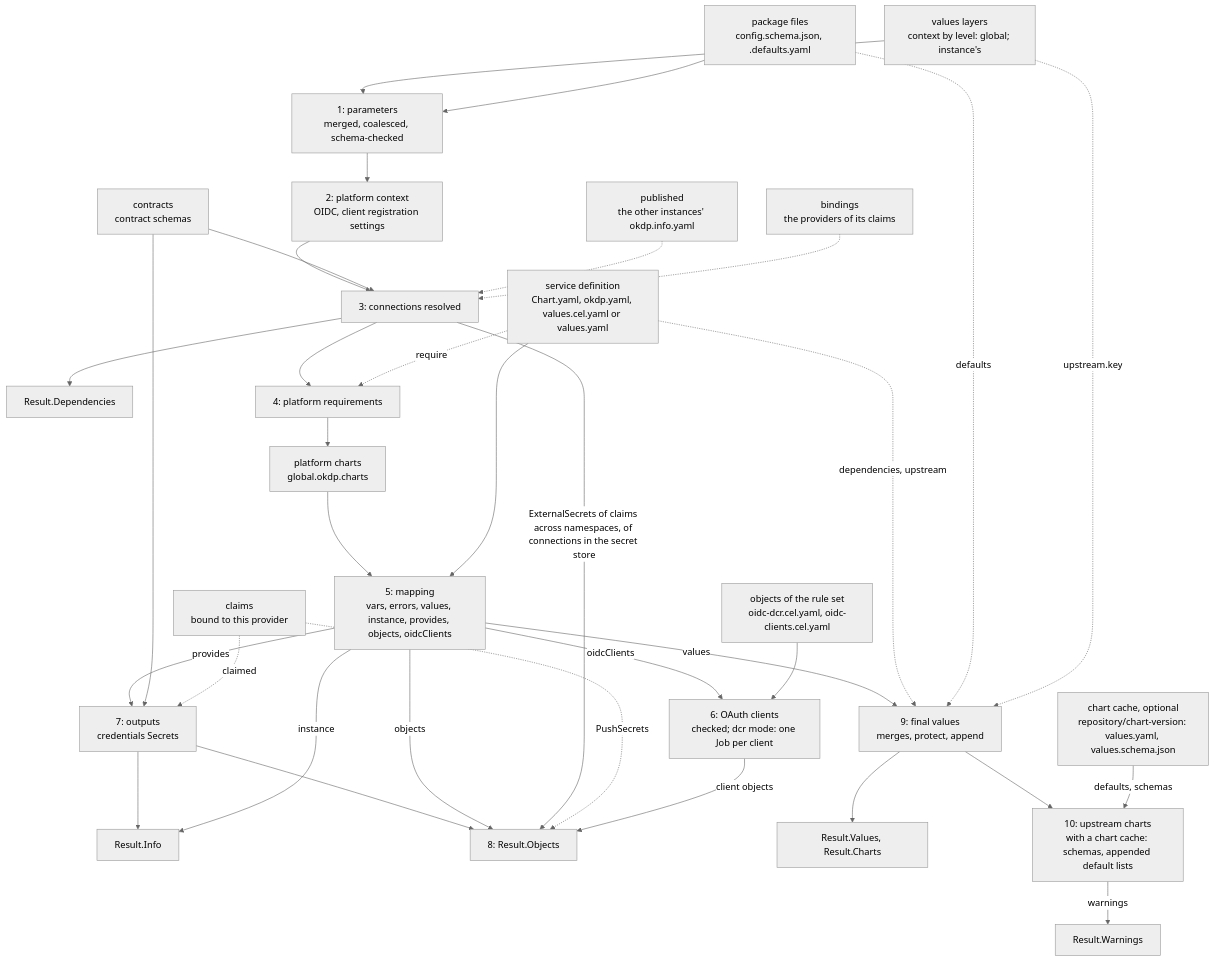
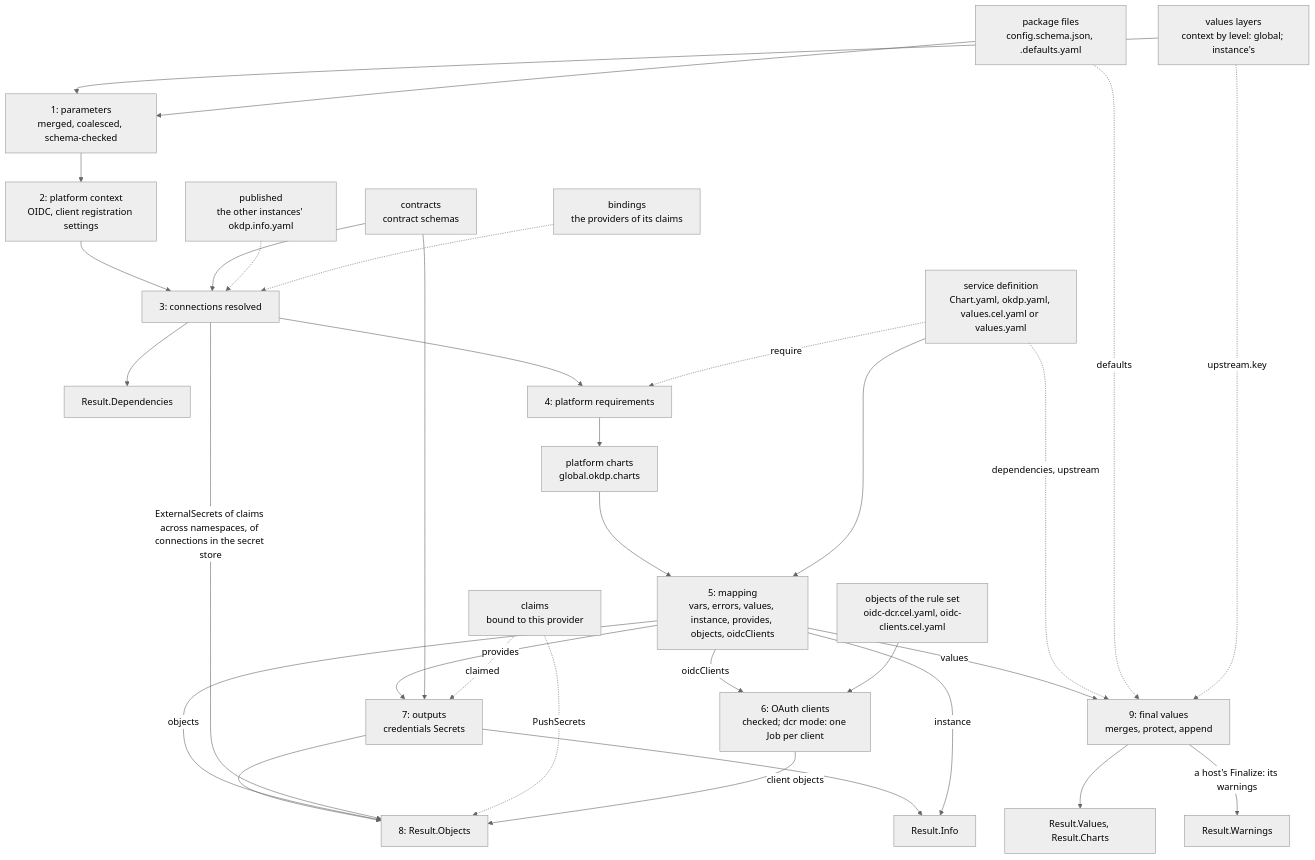
Before and after one commit to OKDP/okdp-compiler: the diagram in docs/00_architecture.md, drawn with Mermaid (neutral theme). The commit also changed other lines of this file and 33 other files, not shown here.

Commit message:
feat!: the chart cache and the chart checks out of the compiler, a host's hook on the loaded instances, the docs shortened

````diff
--- a/docs/00_architecture.md
+++ b/docs/00_architecture.md
@@ -73,46 +72,43 @@
 ```mermaid
 flowchart TD
   def["service definition<br/>Chart.yaml, okdp.yaml, values.cel.yaml or values.yaml"]
   pkg["package files<br/>config.schema.json, <key>.defaults.yaml"]
   layers["values layers<br/>context by level: global; instance's"]
   contracts["contracts<br/>contract schemas"]
   published["published<br/>the other instances' okdp.info.yaml"]
   bindings["bindings<br/>the providers of its claims"]
   claims["claims<br/>bound to this provider"]
-  cache["chart cache, optional<br/>repository/chart-version: values.yaml, values.schema.json"]
   tmpl["objects of the rule set<br/>oidc-dcr.cel.yaml, oidc-clients.cel.yaml"]
 
   layers --> s1["1: parameters<br/>merged, coalesced, schema-checked"]
   pkg --> s1
   s1 --> s2["2: platform context<br/>OIDC, client registration settings"]
   s2 --> s3["3: connections resolved"]
   contracts --> s3
   published -.-> s3
   bindings -.-> s3
   s3 --> deps["Result.Dependencies"]
   s3 --> s4["4: platform requirements"]
   def -. "require" .-> s4
   s4 --> pc["platform charts<br/>global.okdp.charts"]
   pc --> s5["5: mapping<br/>vars, errors, values, instance, provides, objects, oidcClients"]
   def --> s5
   s5 -- oidcClients --> s6["6: OAuth clients<br/>checked; dcr mode: one Job per client"]
   tmpl --> s6
   s5 -- provides --> s7["7: outputs<br/>credentials Secrets"]
   contracts --> s7
   claims -. "claimed" .-> s7
   s7 --> inst["Result.Info"]
   s5 -- instance --> inst
   s7 --> s8["8: Result.Objects"]
   s5 -- objects --> s8
   s3 -- "ExternalSecrets of claims across namespaces, of connections in the secret store" --> s8
   claims -. "PushSecrets" .-> s8
   s5 -- values --> s9["9: final values<br/>merges, protect, append"]
   s6 -- "client objects" --> s8
   def -. "dependencies, upstream" .-> s9
   pkg -. defaults .-> s9
   layers -. "upstream.key" .-> s9
   s9 --> vals["Result.Values, Result.Charts"]
-  s9 --> s10["10: upstream charts<br/>with a chart cache: schemas, appended default lists"]
-  cache -- "defaults, schemas" --> s10
-  s10 -- warnings --> warn["Result.Warnings"]
+  s9 -- "a host's Finalize: its warnings" --> warn["Result.Warnings"]
 ```
````
